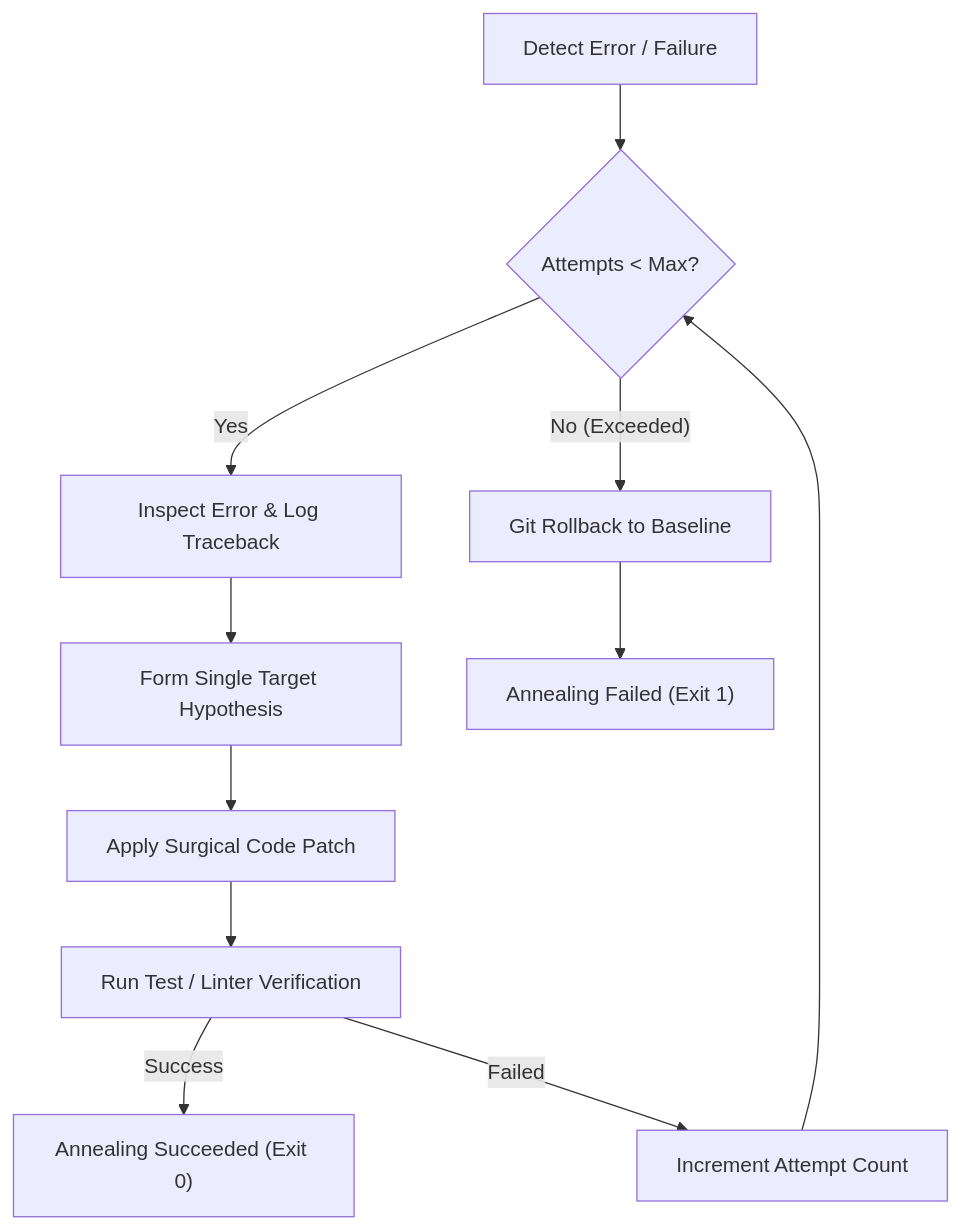
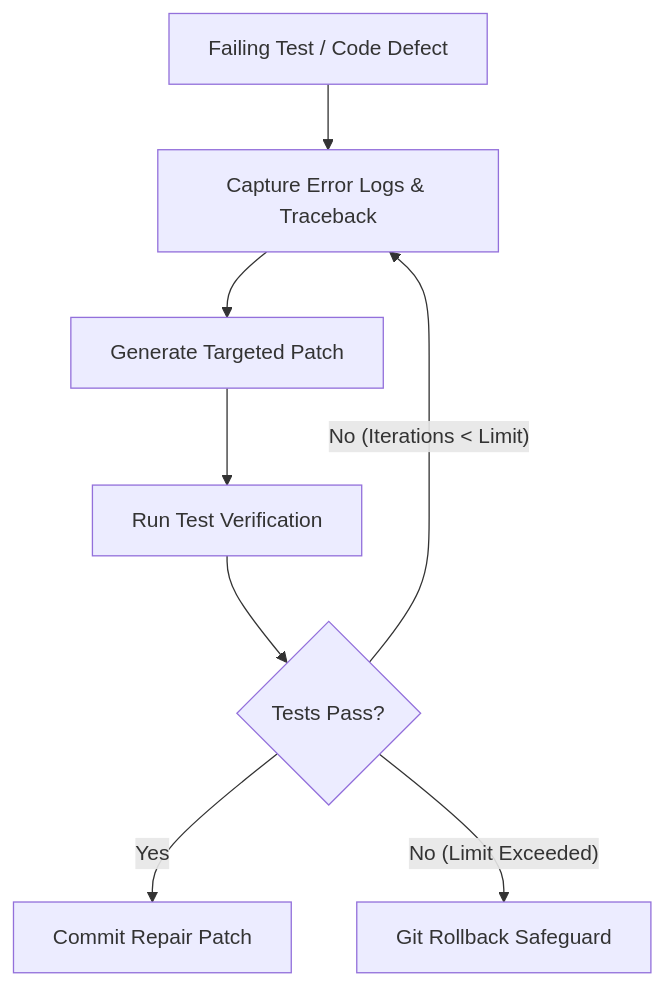
The diagram in skills/self-annealer/references/overview.md (louis-pvs/agent-skills), drawn with Mermaid before and after one commit. The commit also changed other lines of this file and 11 other files, not shown here.

Commit message:
refactor: update architecture documentation and standardize Python scripting practices across all agent skills.

````diff
--- a/skills/self-annealer/references/overview.md
+++ b/skills/self-annealer/references/overview.md
@@ -17,13 +9,10 @@
 ```mermaid
 flowchart TD
-    Start["Detect Error / Failure"] --> CheckLimit{"Attempts < Max?"}
-    CheckLimit -- Yes --> RunDiagnosis["Inspect Error & Log Traceback"]
-    RunDiagnosis --> FormHypothesis["Form Single Target Hypothesis"]
-    FormHypothesis --> ApplyPatch["Apply Surgical Code Patch"]
-    ApplyPatch --> RunVerification["Run Test / Linter Verification"]
-    RunVerification -- Success --> SuccessEnd["Annealing Succeeded (Exit 0)"]
-    RunVerification -- Failed --> IncrementAttempt["Increment Attempt Count"]
-    IncrementAttempt --> CheckLimit
-    CheckLimit -- No (Exceeded) --> GitRollback["Git Rollback to Baseline"]
-    GitRollback --> FailEnd["Annealing Failed (Exit 1)"]
+    A[Failing Test / Code Defect] --> B[Capture Error Logs & Traceback]
+    B --> C[Generate Targeted Patch]
+    C --> D[Run Test Verification]
+    D --> E{Tests Pass?}
+    E -- Yes --> F[Commit Repair Patch]
+    E -- No (Iterations < Limit) --> B
+    E -- No (Limit Exceeded) --> G[Git Rollback Safeguard]
 ```
````
